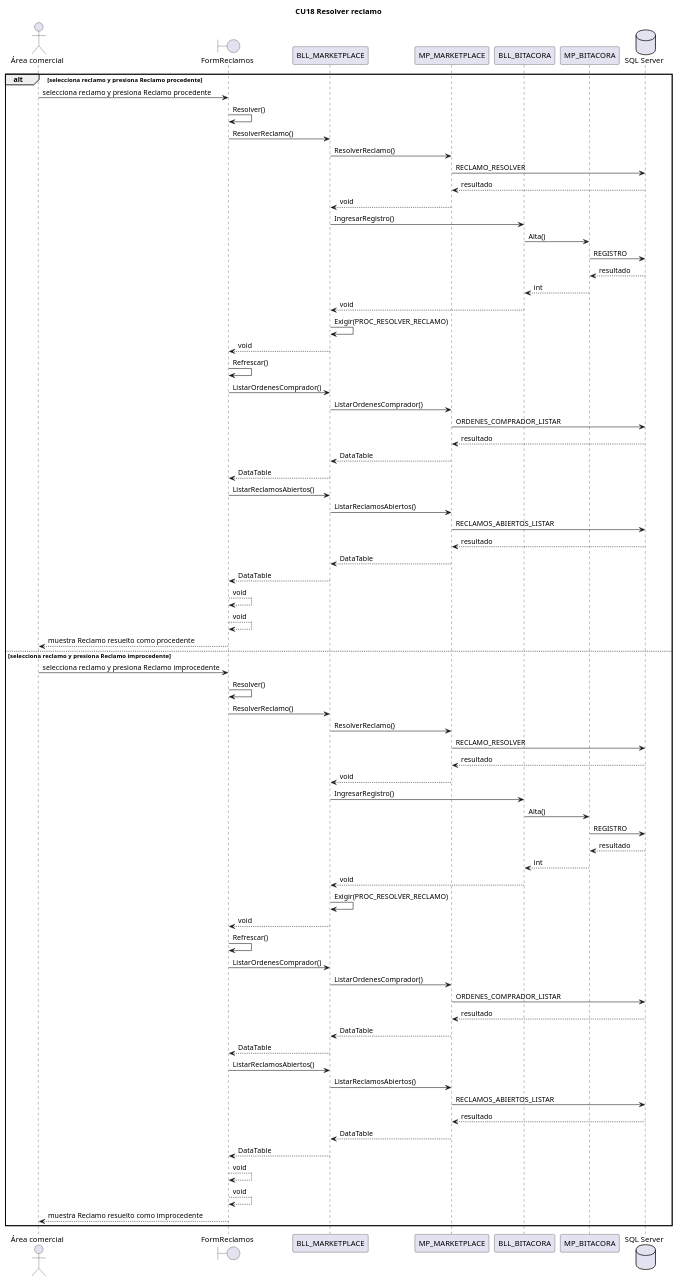
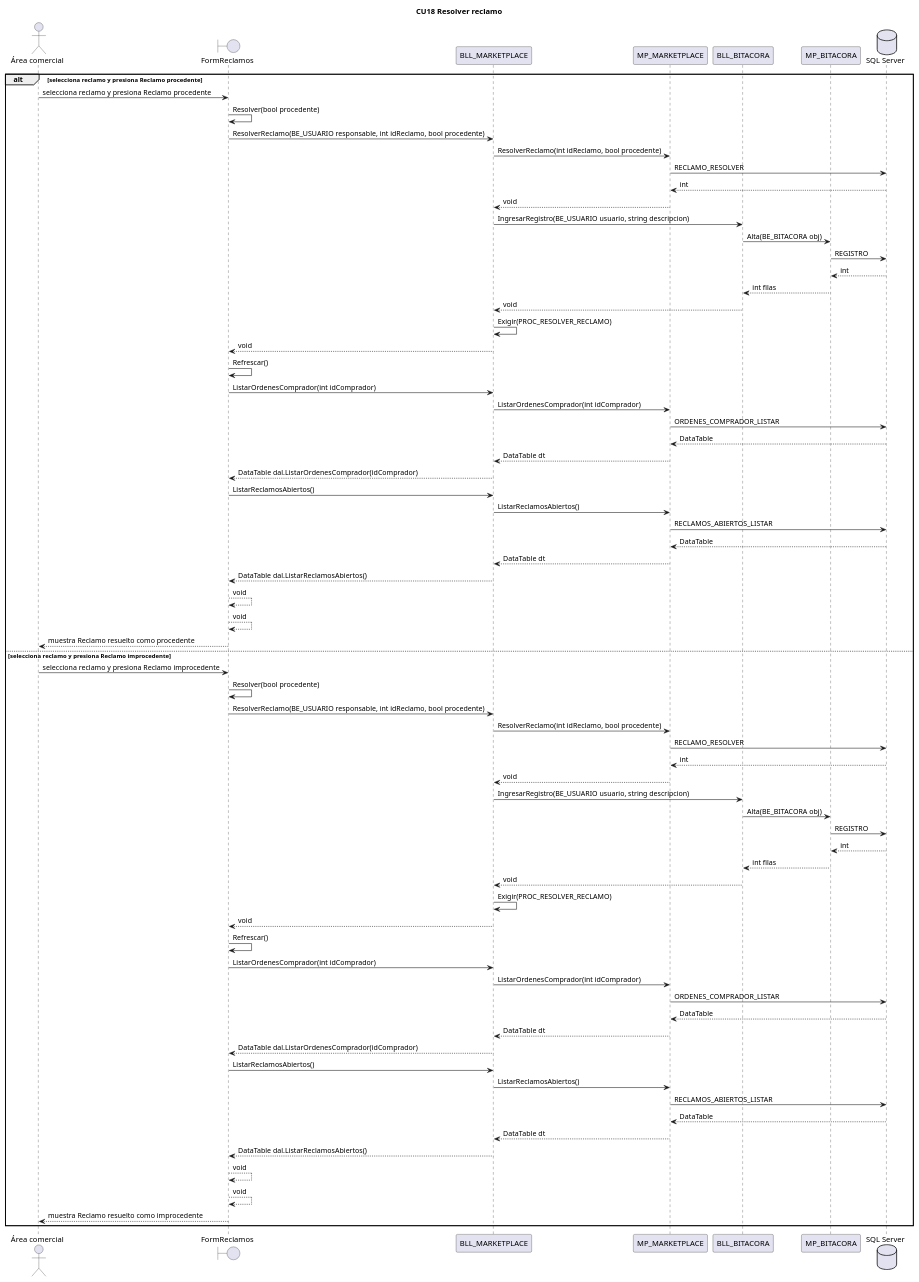
One commit to L-Muniz/uai-diploma_2026 changed the diagram in docs/diagramas/secuencias/CU18.puml. Above: the diagram before and after it, drawn with PlantUML. The commit also changed 59 other files, not shown here.

Commit message:
Docs: firmas y retornos de las secuencias tomados del código; diagramas de casos de uso en el documento

```diff
--- a/docs/diagramas/secuencias/CU18.puml
+++ b/docs/diagramas/secuencias/CU18.puml
@@ -1,75 +1,75 @@
 @startuml CU18
 title CU18 Resolver reclamo
 actor "Área comercial" as ACT
 boundary FormReclamos
 participant BLL_MARKETPLACE
 participant MP_MARKETPLACE
 participant BLL_BITACORA
 participant MP_BITACORA
 database "SQL Server" as BD
 alt selecciona reclamo y presiona Reclamo procedente
 ACT -> FormReclamos : selecciona reclamo y presiona Reclamo procedente
-FormReclamos -> FormReclamos : Resolver()
-FormReclamos -> BLL_MARKETPLACE : ResolverReclamo()
-BLL_MARKETPLACE -> MP_MARKETPLACE : ResolverReclamo()
+FormReclamos -> FormReclamos : Resolver(bool procedente)
+FormReclamos -> BLL_MARKETPLACE : ResolverReclamo(BE_USUARIO responsable, int idReclamo, bool procedente)
+BLL_MARKETPLACE -> MP_MARKETPLACE : ResolverReclamo(int idReclamo, bool procedente)
 MP_MARKETPLACE -> BD : RECLAMO_RESOLVER
-BD --> MP_MARKETPLACE : resultado
+BD --> MP_MARKETPLACE : int
 MP_MARKETPLACE --> BLL_MARKETPLACE : void
-BLL_MARKETPLACE -> BLL_BITACORA : IngresarRegistro()
-BLL_BITACORA -> MP_BITACORA : Alta()
+BLL_MARKETPLACE -> BLL_BITACORA : IngresarRegistro(BE_USUARIO usuario, string descripcion)
+BLL_BITACORA -> MP_BITACORA : Alta(BE_BITACORA obj)
 MP_BITACORA -> BD : REGISTRO
-BD --> MP_BITACORA : resultado
-MP_BITACORA --> BLL_BITACORA : int
+BD --> MP_BITACORA : int
+MP_BITACORA --> BLL_BITACORA : int filas
 BLL_BITACORA --> BLL_MARKETPLACE : void
 BLL_MARKETPLACE -> BLL_MARKETPLACE : Exigir(PROC_RESOLVER_RECLAMO)
 BLL_MARKETPLACE --> FormReclamos : void
 FormReclamos -> FormReclamos : Refrescar()
-FormReclamos -> BLL_MARKETPLACE : ListarOrdenesComprador()
-BLL_MARKETPLACE -> MP_MARKETPLACE : ListarOrdenesComprador()
+FormReclamos -> BLL_MARKETPLACE : ListarOrdenesComprador(int idComprador)
+BLL_MARKETPLACE -> MP_MARKETPLACE : ListarOrdenesComprador(int idComprador)
 MP_MARKETPLACE -> BD : ORDENES_COMPRADOR_LISTAR
-BD --> MP_MARKETPLACE : resultado
-MP_MARKETPLACE --> BLL_MARKETPLACE : DataTable
-BLL_MARKETPLACE --> FormReclamos : DataTable
+BD --> MP_MARKETPLACE : DataTable
+MP_MARKETPLACE --> BLL_MARKETPLACE : DataTable dt
+BLL_MARKETPLACE --> FormReclamos : DataTable dal.ListarOrdenesComprador(idComprador)
 FormReclamos -> BLL_MARKETPLACE : ListarReclamosAbiertos()
 BLL_MARKETPLACE -> MP_MARKETPLACE : ListarReclamosAbiertos()
 MP_MARKETPLACE -> BD : RECLAMOS_ABIERTOS_LISTAR
-BD --> MP_MARKETPLACE : resultado
-MP_MARKETPLACE --> BLL_MARKETPLACE : DataTable
-BLL_MARKETPLACE --> FormReclamos : DataTable
+BD --> MP_MARKETPLACE : DataTable
+MP_MARKETPLACE --> BLL_MARKETPLACE : DataTable dt
+BLL_MARKETPLACE --> FormReclamos : DataTable dal.ListarReclamosAbiertos()
 FormReclamos --> FormReclamos : void
 FormReclamos --> FormReclamos : void
 FormReclamos --> ACT : muestra Reclamo resuelto como procedente
 else selecciona reclamo y presiona Reclamo improcedente
 ACT -> FormReclamos : selecciona reclamo y presiona Reclamo improcedente
-FormReclamos -> FormReclamos : Resolver()
-FormReclamos -> BLL_MARKETPLACE : ResolverReclamo()
-BLL_MARKETPLACE -> MP_MARKETPLACE : ResolverReclamo()
+FormReclamos -> FormReclamos : Resolver(bool procedente)
+FormReclamos -> BLL_MARKETPLACE : ResolverReclamo(BE_USUARIO responsable, int idReclamo, bool procedente)
+BLL_MARKETPLACE -> MP_MARKETPLACE : ResolverReclamo(int idReclamo, bool procedente)
 MP_MARKETPLACE -> BD : RECLAMO_RESOLVER
-BD --> MP_MARKETPLACE : resultado
+BD --> MP_MARKETPLACE : int
 MP_MARKETPLACE --> BLL_MARKETPLACE : void
-BLL_MARKETPLACE -> BLL_BITACORA : IngresarRegistro()
-BLL_BITACORA -> MP_BITACORA : Alta()
+BLL_MARKETPLACE -> BLL_BITACORA : IngresarRegistro(BE_USUARIO usuario, string descripcion)
+BLL_BITACORA -> MP_BITACORA : Alta(BE_BITACORA obj)
 MP_BITACORA -> BD : REGISTRO
-BD --> MP_BITACORA : resultado
-MP_BITACORA --> BLL_BITACORA : int
+BD --> MP_BITACORA : int
+MP_BITACORA --> BLL_BITACORA : int filas
 BLL_BITACORA --> BLL_MARKETPLACE : void
 BLL_MARKETPLACE -> BLL_MARKETPLACE : Exigir(PROC_RESOLVER_RECLAMO)
 BLL_MARKETPLACE --> FormReclamos : void
 FormReclamos -> FormReclamos : Refrescar()
-FormReclamos -> BLL_MARKETPLACE : ListarOrdenesComprador()
-BLL_MARKETPLACE -> MP_MARKETPLACE : ListarOrdenesComprador()
+FormReclamos -> BLL_MARKETPLACE : ListarOrdenesComprador(int idComprador)
+BLL_MARKETPLACE -> MP_MARKETPLACE : ListarOrdenesComprador(int idComprador)
 MP_MARKETPLACE -> BD : ORDENES_COMPRADOR_LISTAR
-BD --> MP_MARKETPLACE : resultado
-MP_MARKETPLACE --> BLL_MARKETPLACE : DataTable
-BLL_MARKETPLACE --> FormReclamos : DataTable
+BD --> MP_MARKETPLACE : DataTable
+MP_MARKETPLACE --> BLL_MARKETPLACE : DataTable dt
+BLL_MARKETPLACE --> FormReclamos : DataTable dal.ListarOrdenesComprador(idComprador)
 FormReclamos -> BLL_MARKETPLACE : ListarReclamosAbiertos()
 BLL_MARKETPLACE -> MP_MARKETPLACE : ListarReclamosAbiertos()
 MP_MARKETPLACE -> BD : RECLAMOS_ABIERTOS_LISTAR
-BD --> MP_MARKETPLACE : resultado
-MP_MARKETPLACE --> BLL_MARKETPLACE : DataTable
-BLL_MARKETPLACE --> FormReclamos : DataTable
+BD --> MP_MARKETPLACE : DataTable
+MP_MARKETPLACE --> BLL_MARKETPLACE : DataTable dt
+BLL_MARKETPLACE --> FormReclamos : DataTable dal.ListarReclamosAbiertos()
 FormReclamos --> FormReclamos : void
 FormReclamos --> FormReclamos : void
 FormReclamos --> ACT : muestra Reclamo resuelto como improcedente
 end
 @enduml
```
